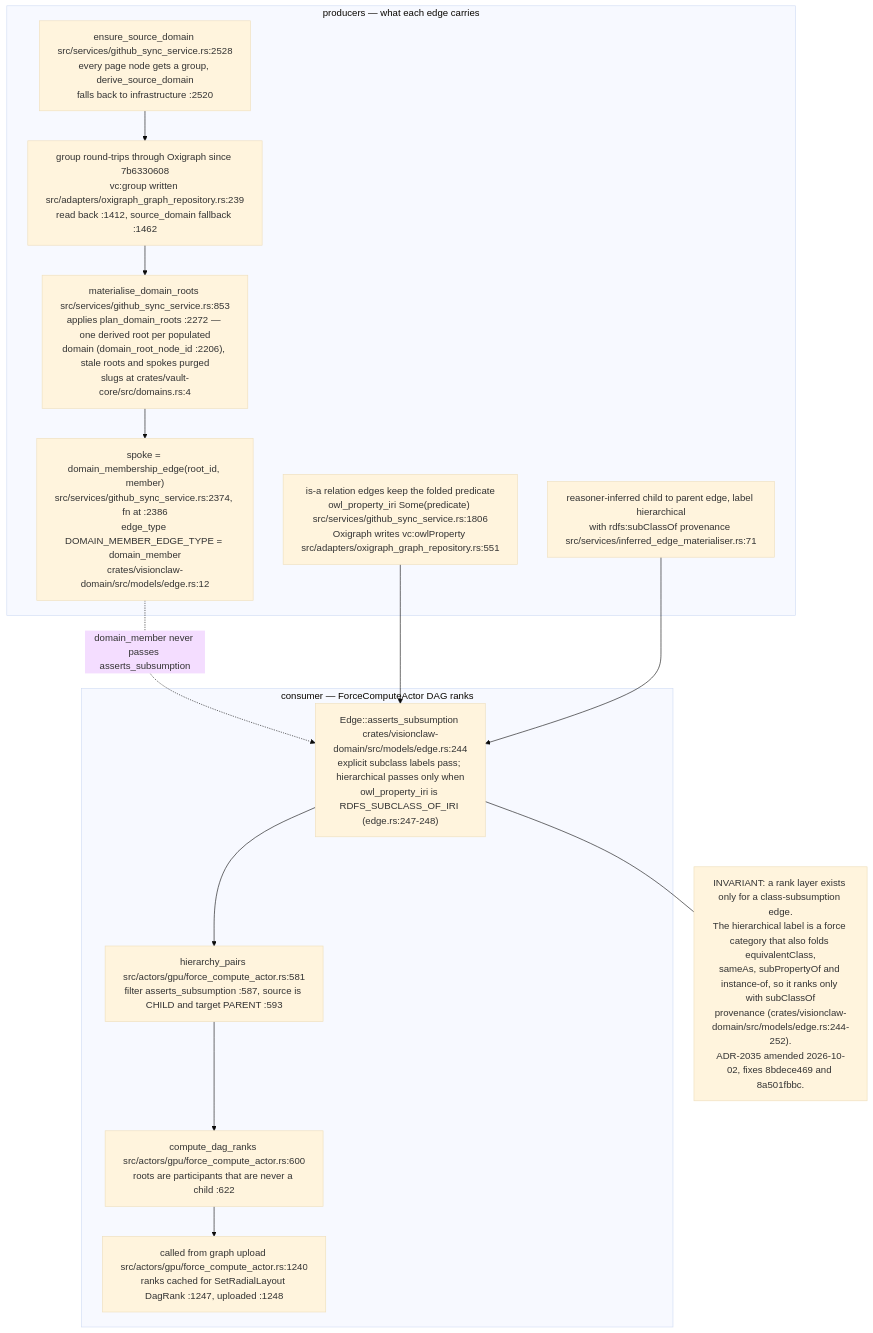
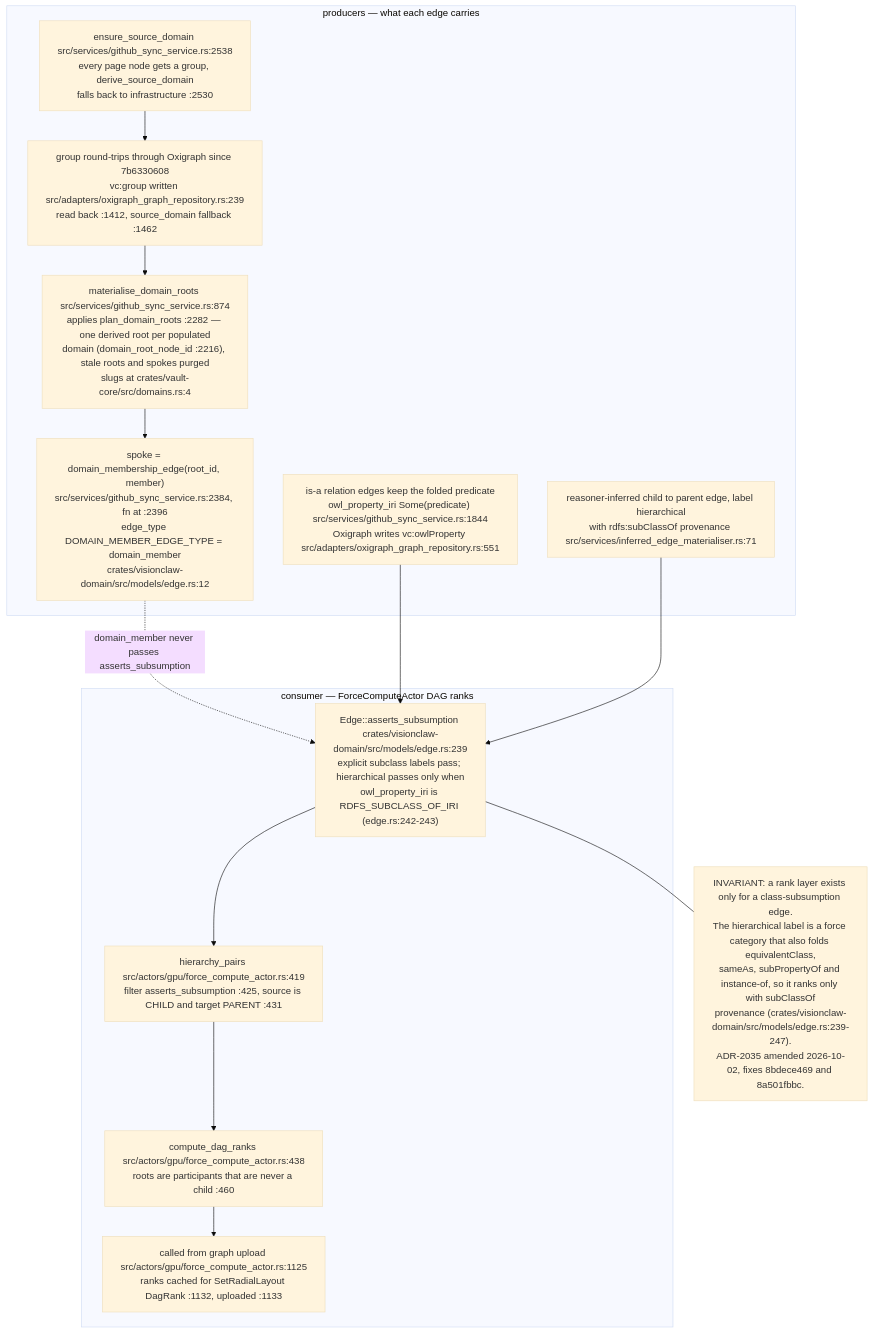
One commit to DreamLab-AI/VisionFlow changed the eighth of 8 diagrams in docs/diagrams/visionclaw/16-interaction-drag-pin-layout.md. Above: the diagram before and after it, drawn with Mermaid (base theme). The commit also changed other lines of this file and 160 other files, not shown here.

````diff
--- a/docs/diagrams/visionclaw/16-interaction-drag-pin-layout.md
+++ b/docs/diagrams/visionclaw/16-interaction-drag-pin-layout.md
@@ -268,24 +271,24 @@
 ```mermaid
 flowchart TB
     subgraph PROD["producers — what each edge carries"]
-        P1["ensure_source_domain src/services/github_sync_service.rs:2528<br/>every page node gets a group, derive_source_domain<br/>falls back to infrastructure :2520"]
+        P1["ensure_source_domain src/services/github_sync_service.rs:2538<br/>every page node gets a group, derive_source_domain<br/>falls back to infrastructure :2530"]
         P2["group round-trips through Oxigraph since 7b6330608<br/>vc:group written src/adapters/oxigraph_graph_repository.rs:239<br/>read back :1412, source_domain fallback :1462"]
-        P3["materialise_domain_roots src/services/github_sync_service.rs:853<br/>applies plan_domain_roots :2272 — one derived root per populated<br/>domain (domain_root_node_id :2206), stale roots and spokes purged<br/>slugs at crates/vault-core/src/domains.rs:4"]
-        P4["spoke = domain_membership_edge(root_id, member)<br/>src/services/github_sync_service.rs:2374, fn at :2386<br/>edge_type DOMAIN_MEMBER_EDGE_TYPE = domain_member<br/>crates/visionclaw-domain/src/models/edge.rs:12"]
-        P5["is-a relation edges keep the folded predicate<br/>owl_property_iri Some(predicate) src/services/github_sync_service.rs:1806<br/>Oxigraph writes vc:owlProperty src/adapters/oxigraph_graph_repository.rs:551"]
+        P3["materialise_domain_roots src/services/github_sync_service.rs:874<br/>applies plan_domain_roots :2282 — one derived root per populated<br/>domain (domain_root_node_id :2216), stale roots and spokes purged<br/>slugs at crates/vault-core/src/domains.rs:4"]
+        P4["spoke = domain_membership_edge(root_id, member)<br/>src/services/github_sync_service.rs:2384, fn at :2396<br/>edge_type DOMAIN_MEMBER_EDGE_TYPE = domain_member<br/>crates/visionclaw-domain/src/models/edge.rs:12"]
+        P5["is-a relation edges keep the folded predicate<br/>owl_property_iri Some(predicate) src/services/github_sync_service.rs:1844<br/>Oxigraph writes vc:owlProperty src/adapters/oxigraph_graph_repository.rs:551"]
         P6["reasoner-inferred child to parent edge, label hierarchical<br/>with rdfs:subClassOf provenance src/services/inferred_edge_materialiser.rs:71"]
         P1 --> P2 --> P3 --> P4
     end
     subgraph RANK["consumer — ForceComputeActor DAG ranks"]
-        R1["Edge::asserts_subsumption crates/visionclaw-domain/src/models/edge.rs:244<br/>explicit subclass labels pass; hierarchical passes only when<br/>owl_property_iri is RDFS_SUBCLASS_OF_IRI (edge.rs:247-248)"]
-        R2["hierarchy_pairs src/actors/gpu/force_compute_actor.rs:581<br/>filter asserts_subsumption :587, source is CHILD and target PARENT :593"]
-        R3["compute_dag_ranks src/actors/gpu/force_compute_actor.rs:600<br/>roots are participants that are never a child :622"]
-        R4["called from graph upload src/actors/gpu/force_compute_actor.rs:1240<br/>ranks cached for SetRadialLayout DagRank :1247, uploaded :1248"]
+        R1["Edge::asserts_subsumption crates/visionclaw-domain/src/models/edge.rs:239<br/>explicit subclass labels pass; hierarchical passes only when<br/>owl_property_iri is RDFS_SUBCLASS_OF_IRI (edge.rs:242-243)"]
+        R2["hierarchy_pairs src/actors/gpu/force_compute_actor.rs:419<br/>filter asserts_subsumption :425, source is CHILD and target PARENT :431"]
+        R3["compute_dag_ranks src/actors/gpu/force_compute_actor.rs:438<br/>roots are participants that are never a child :460"]
+        R4["called from graph upload src/actors/gpu/force_compute_actor.rs:1125<br/>ranks cached for SetRadialLayout DagRank :1132, uploaded :1133"]
         R1 --> R2 --> R3 --> R4
     end
     P4 -. "domain_member never passes asserts_subsumption" .-> R1
     P5 --> R1
     P6 --> R1
-    I["INVARIANT: a rank layer exists only for a class-subsumption edge.<br/>The hierarchical label is a force category that also folds equivalentClass,<br/>sameAs, subPropertyOf and instance-of, so it ranks only with subClassOf<br/>provenance (crates/visionclaw-domain/src/models/edge.rs:244-252).<br/>ADR-2035 amended 2026-10-02, fixes 8bdece469 and 8a501fbbc."]
+    I["INVARIANT: a rank layer exists only for a class-subsumption edge.<br/>The hierarchical label is a force category that also folds equivalentClass,<br/>sameAs, subPropertyOf and instance-of, so it ranks only with subClassOf<br/>provenance (crates/visionclaw-domain/src/models/edge.rs:239-247).<br/>ADR-2035 amended 2026-10-02, fixes 8bdece469 and 8a501fbbc."]
     R1 --- I
 ```
````
